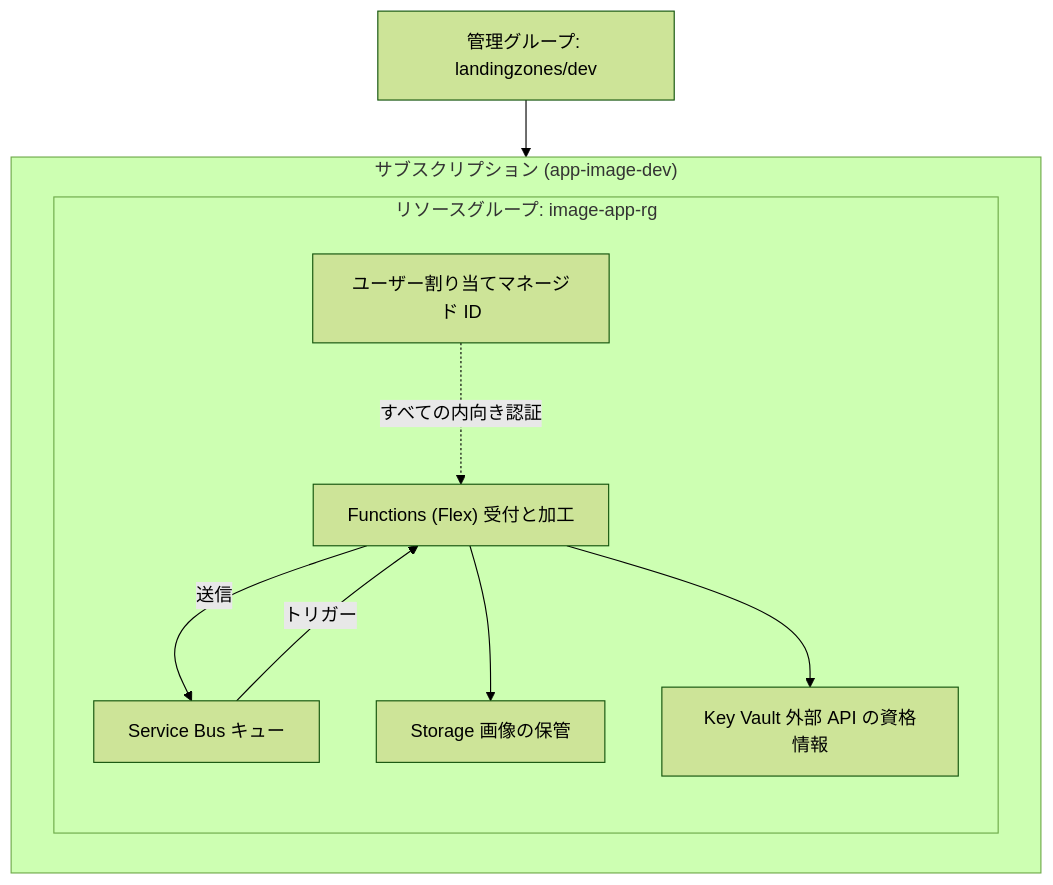
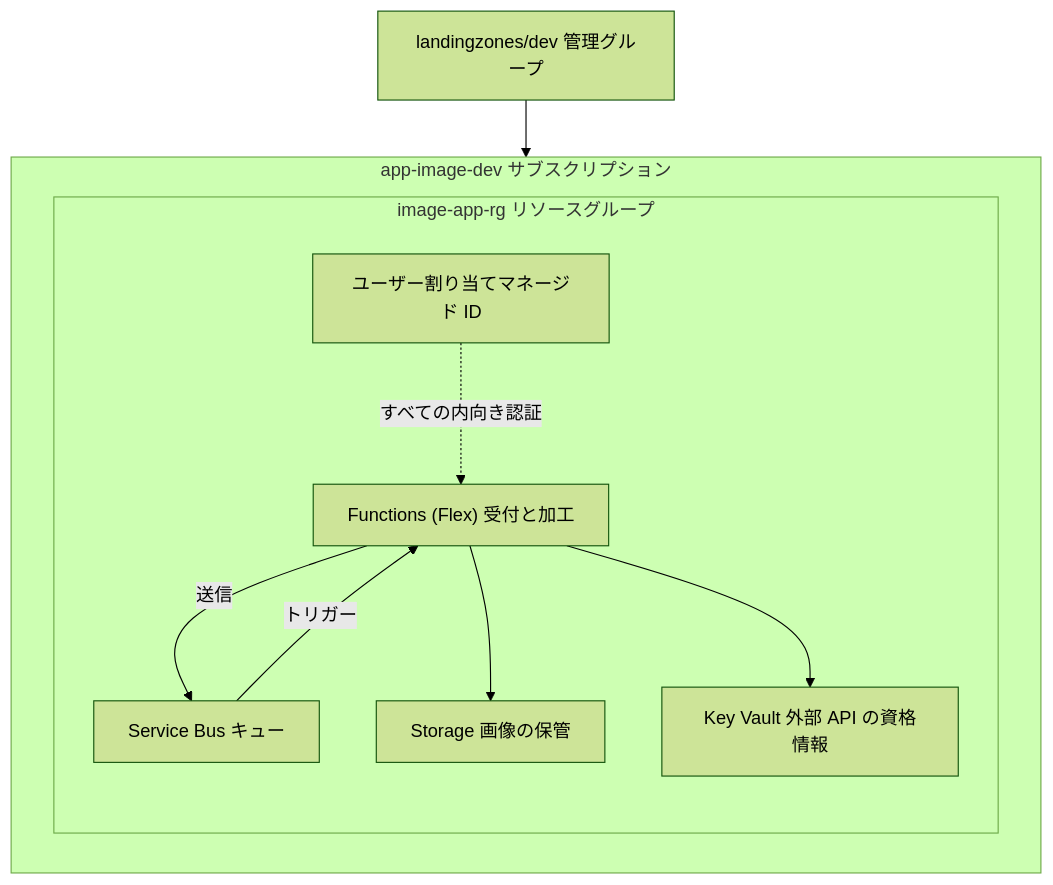
The diagram in manuscript/part6/24-capstone.md (engineers-hub-ltd-in-house-project/azure-practice), drawn with Mermaid (forest theme) before and after one commit. The commit also changed 5 other files, not shown here.

First line of the commit message:
docs: 全章の図のノード表記を後置形式に統一する

````diff
--- a/manuscript/part6/24-capstone.md
+++ b/manuscript/part6/24-capstone.md
@@ -9,18 +9,18 @@
 ```mermaid
 flowchart TB
-  subgraph SUB["サブスクリプション (app-image-dev)"]
-    subgraph RG["リソースグループ: image-app-rg"]
+  subgraph SUB["app-image-dev サブスクリプション"]
+    subgraph RG["image-app-rg リソースグループ"]
       F["Functions (Flex) 受付と加工"]
       Q["Service Bus キュー"]
       ST["Storage 画像の保管"]
       KV["Key Vault 外部 API の資格情報"]
       MI["ユーザー割り当てマネージド ID"]
     end
   end
-  MG["管理グループ: landingzones/dev"] --> SUB
+  MG["landingzones/dev 管理グループ"] --> SUB
   F -->|"送信"| Q
   Q -->|"トリガー"| F
   F --> ST
   F --> KV
   MI -.->|"すべての内向き認証"| F
 ```
````
